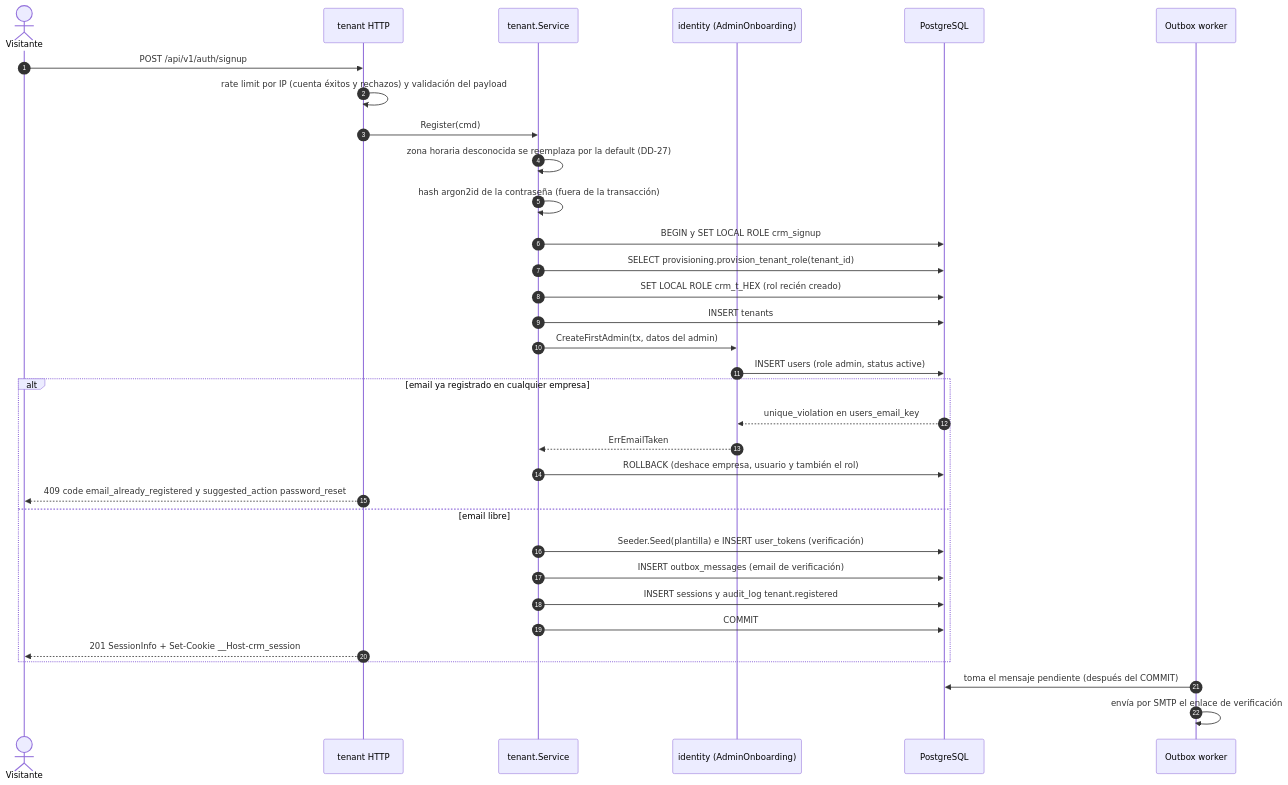
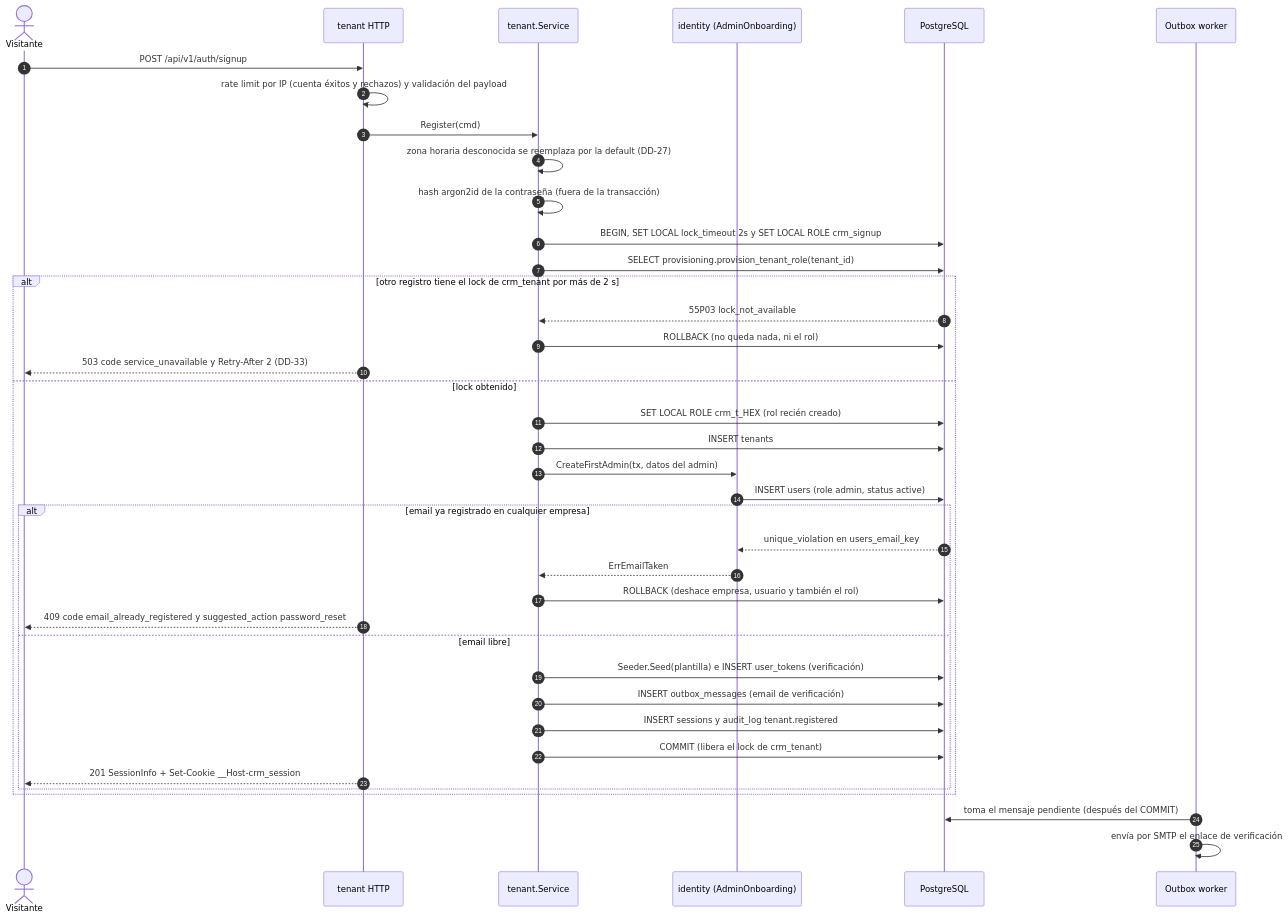
One commit to fdelillo/crm changed the second of 11 diagrams in specs/001-empresas-usuarios/plan.md. Above: the diagram before and after it, drawn with Mermaid. The commit also changed other lines of this file and 5 other files, not shown here.

First line of the commit message:
docs(001): record method_not_allowed, trusted proxies, cancellation and signup lock decisions

````diff
--- a/specs/001-empresas-usuarios/plan.md
+++ b/specs/001-empresas-usuarios/plan.md
@@ -250,36 +278,42 @@
 ```mermaid
 sequenceDiagram
     autonumber
     actor V as Visitante
     participant H as tenant HTTP
     participant S as tenant.Service
     participant I as identity (AdminOnboarding)
     participant DB as PostgreSQL
     participant W as Outbox worker
 
     V->>H: POST /api/v1/auth/signup
     H->>H: rate limit por IP (cuenta éxitos y rechazos) y validación del payload
     H->>S: Register(cmd)
     S->>S: zona horaria desconocida se reemplaza por la default (DD-27)
     S->>S: hash argon2id de la contraseña (fuera de la transacción)
-    S->>DB: BEGIN y SET LOCAL ROLE crm_signup
+    S->>DB: BEGIN, SET LOCAL lock_timeout 2s y SET LOCAL ROLE crm_signup
     S->>DB: SELECT provisioning.provision_tenant_role(tenant_id)
-    S->>DB: SET LOCAL ROLE crm_t_HEX (rol recién creado)
-    S->>DB: INSERT tenants
-    S->>I: CreateFirstAdmin(tx, datos del admin)
-    I->>DB: INSERT users (role admin, status active)
-    alt email ya registrado en cualquier empresa
-        DB-->>I: unique_violation en users_email_key
-        I-->>S: ErrEmailTaken
-        S->>DB: ROLLBACK (deshace empresa, usuario y también el rol)
-        H-->>V: 409 code email_already_registered y suggested_action password_reset
-    else email libre
-        S->>DB: Seeder.Seed(plantilla) e INSERT user_tokens (verificación)
-        S->>DB: INSERT outbox_messages (email de verificación)
-        S->>DB: INSERT sessions y audit_log tenant.registered
-        S->>DB: COMMIT
-        H-->>V: 201 SessionInfo + Set-Cookie __Host-crm_session
+    alt otro registro tiene el lock de crm_tenant por más de 2 s
+        DB-->>S: 55P03 lock_not_available
+        S->>DB: ROLLBACK (no queda nada, ni el rol)
+        H-->>V: 503 code service_unavailable y Retry-After 2 (DD-33)
+    else lock obtenido
+        S->>DB: SET LOCAL ROLE crm_t_HEX (rol recién creado)
+        S->>DB: INSERT tenants
+        S->>I: CreateFirstAdmin(tx, datos del admin)
+        I->>DB: INSERT users (role admin, status active)
+        alt email ya registrado en cualquier empresa
+            DB-->>I: unique_violation en users_email_key
+            I-->>S: ErrEmailTaken
+            S->>DB: ROLLBACK (deshace empresa, usuario y también el rol)
+            H-->>V: 409 code email_already_registered y suggested_action password_reset
+        else email libre
+            S->>DB: Seeder.Seed(plantilla) e INSERT user_tokens (verificación)
+            S->>DB: INSERT outbox_messages (email de verificación)
+            S->>DB: INSERT sessions y audit_log tenant.registered
+            S->>DB: COMMIT (libera el lock de crm_tenant)
+            H-->>V: 201 SessionInfo + Set-Cookie __Host-crm_session
+        end
     end
     W->>DB: toma el mensaje pendiente (después del COMMIT)
     W->>W: envía por SMTP el enlace de verificación
 ```
````
